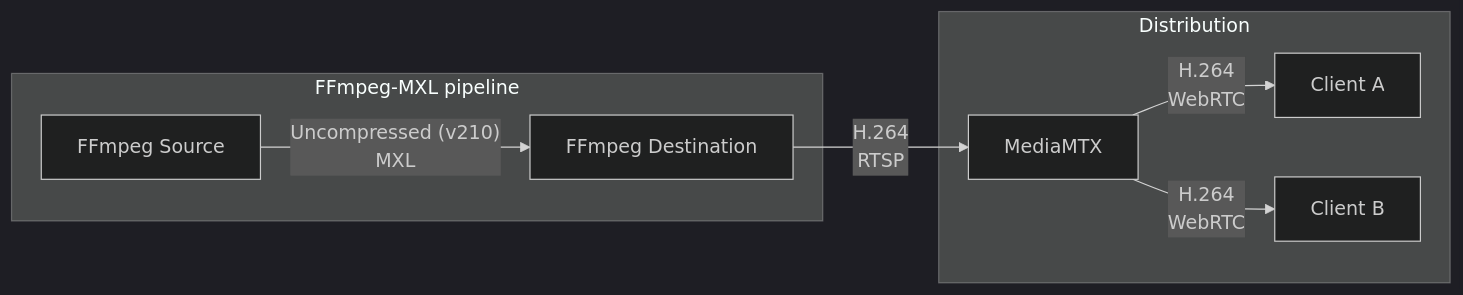
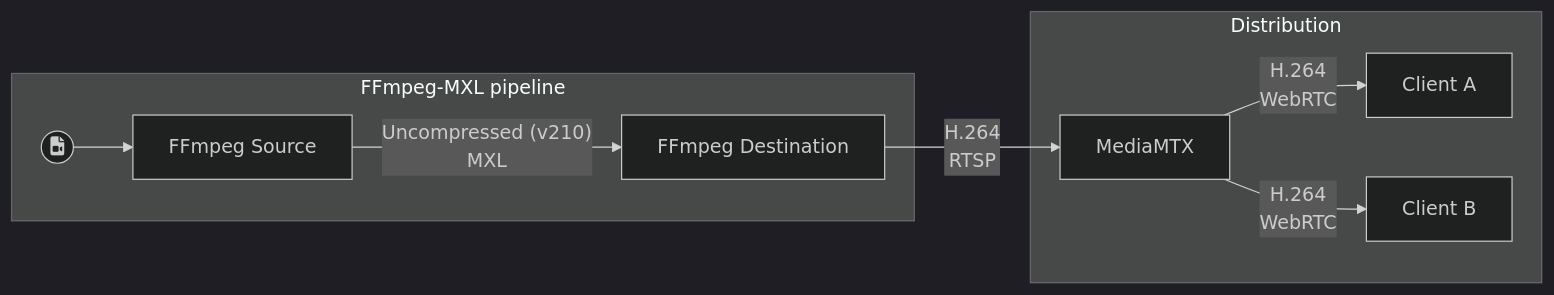
Before and after one commit to cbcrc/guidance-for-building-ffmpeg-with-mxl: the diagram in demos/README.md, drawn with Mermaid (dark theme). The commit also changed other lines of this file and 3 other files, not shown here.

````diff
--- a/demos/README.md
+++ b/demos/README.md
@@ -3,12 +3,12 @@
 ```mermaid
 graph LR
     subgraph "FFmpeg-MXL pipeline"
-    A[FFmpeg Source] -- "Uncompressed (v210)<br/> MXL" --> B[FFmpeg Destination]
+    A0((fa:fa-file-video)) --> A[FFmpeg Source] -- "Uncompressed (v210)<br/> MXL" --> B[FFmpeg Destination]
     end
 
     subgraph "Distribution"
     B -- "H.264<br/> RTSP" --> C[MediaMTX]
     C -- "H.264<br/> WebRTC" --> D[Client A]
     C -- "H.264<br/> WebRTC" --> E[Client B]
     end
 ```
````
